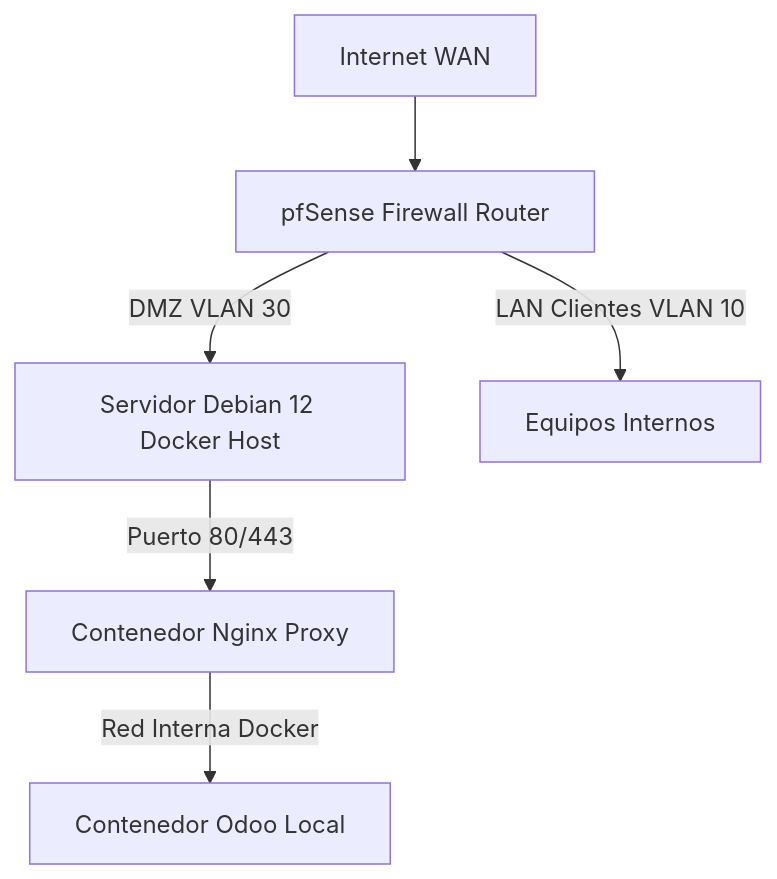
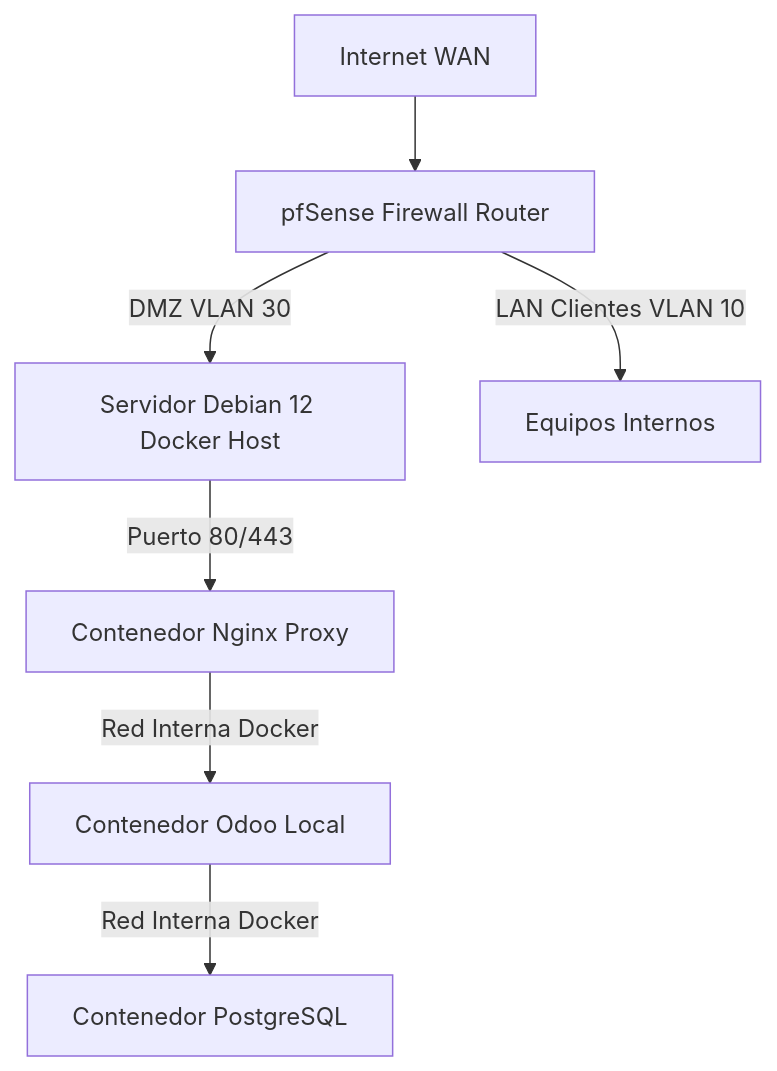
Before and after one commit to sandrafrv/TFG-Implantacion_Segura_y_Automatizada_de_Odoo: the diagram in README.md, drawn with Mermaid. The commit also changed other lines of this file and 2 other files, not shown here.

````diff
--- a/README.md
+++ b/README.md
@@ -30,8 +40,9 @@
 ```mermaid
 graph TD
     WAN[Internet WAN] --> P[pfSense Firewall Router]
     P --> |DMZ VLAN 30| N[Servidor Debian 12 Docker Host]
     N --> |Puerto 80/443| Nginx[Contenedor Nginx Proxy]
     Nginx --> |Red Interna Docker| Docker[Contenedor Odoo Local]
+    Docker --> |Red Interna Docker| DB[Contenedor PostgreSQL]
     P --> |LAN Clientes VLAN 10| CLI[Equipos Internos]
 ```
````
